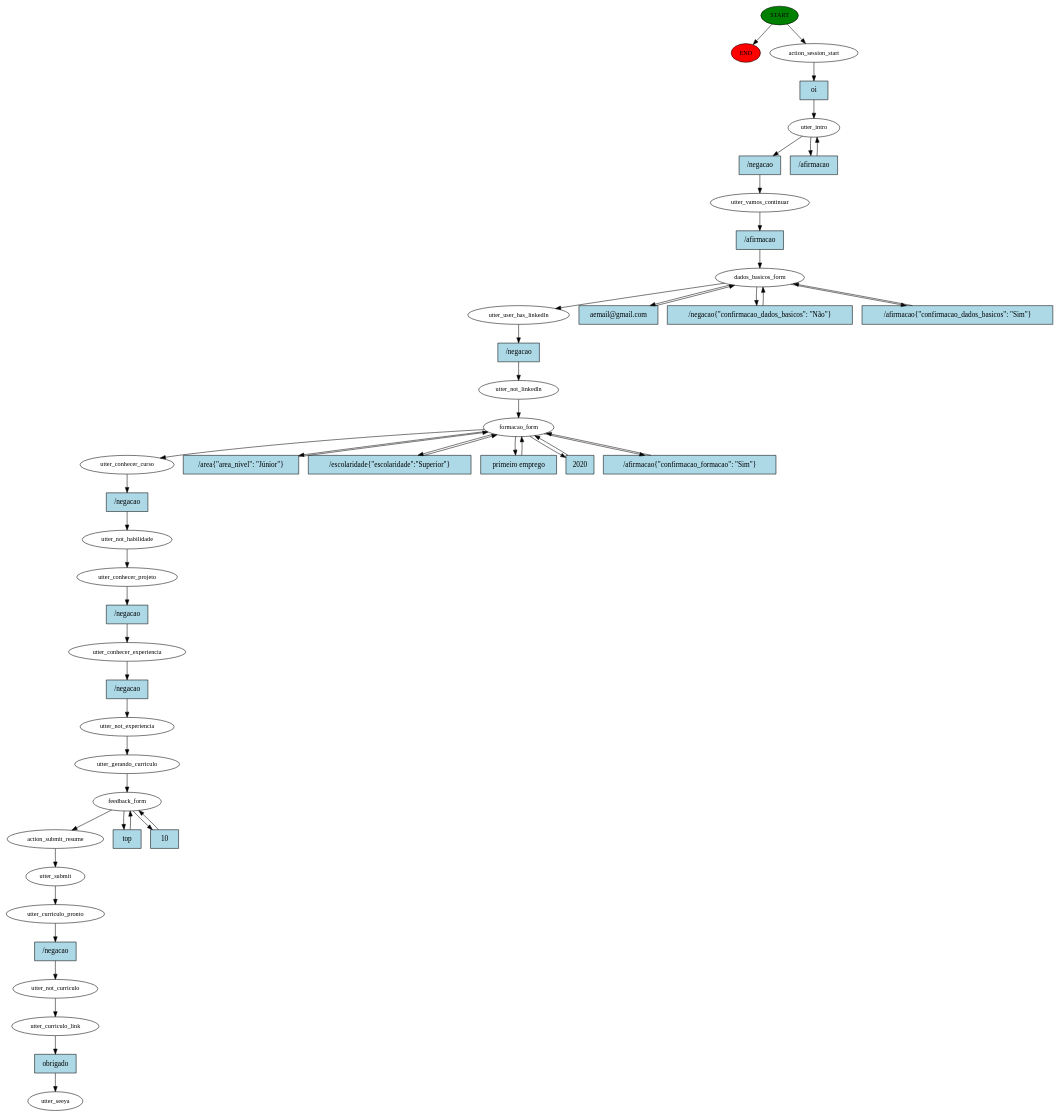
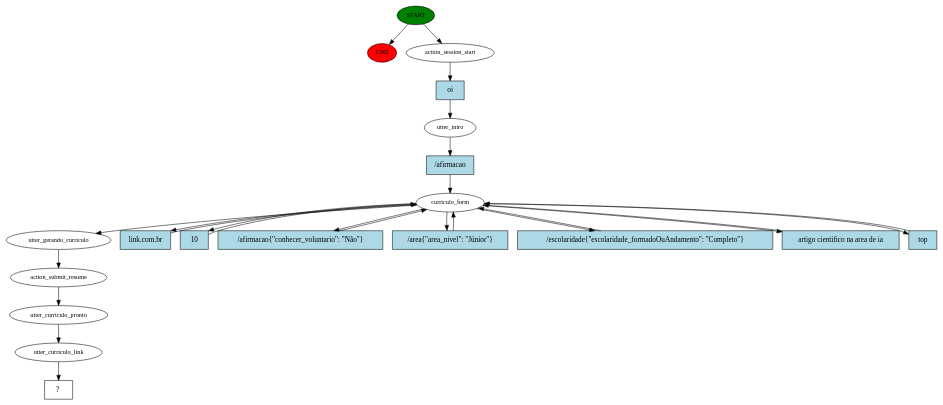
Before and after one commit to MarcosAllysson/curvi2.0: the diagram in story_graph.dot, drawn with Graphviz. The commit also changed 9 other files, not shown here.

```diff
--- a/story_graph.dot
+++ b/story_graph.dot
@@ -1,96 +1,46 @@
 digraph  {
 0 [class="start active", fillcolor=green, fontsize=12, label=START, style=filled];
 "-1" [class=end, fillcolor=red, fontsize=12, label=END, style=filled];
 1 [class=active, fontsize=12, label=action_session_start];
 2 [class=active, fontsize=12, label=utter_intro];
-4 [class=active, fontsize=12, label=utter_vamos_continuar];
-5 [class=active, fontsize=12, label=dados_basicos_form];
-18 [class=active, fontsize=12, label=utter_user_has_linkedln];
-19 [class=active, fontsize=12, label=utter_not_linkedln];
-20 [class=active, fontsize=12, label=formacao_form];
-29 [class=active, fontsize=12, label=utter_conhecer_curso];
-30 [class=active, fontsize=12, label=utter_not_habilidade];
-31 [class=active, fontsize=12, label=utter_conhecer_projeto];
-32 [class=active, fontsize=12, label=utter_conhecer_experiencia];
-33 [class=active, fontsize=12, label=utter_not_experiencia];
-34 [class=active, fontsize=12, label=utter_gerando_curriculo];
-35 [class=active, fontsize=12, label=feedback_form];
-38 [class=active, fontsize=12, label=action_submit_resume];
-39 [class=active, fontsize=12, label=utter_submit];
-40 [class=active, fontsize=12, label=utter_curriculo_pronto];
-41 [class=active, fontsize=12, label=utter_not_curriculo];
-42 [class=active, fontsize=12, label=utter_curriculo_link];
-43 [class="dashed active", fontsize=12, label=utter_seeya];
-44 [class="intent active", fillcolor=lightblue, label=oi, shape=rect, style=filled];
-45 [class="intent active", fillcolor=lightblue, label="/negacao", shape=rect, style=filled];
-46 [class="intent active", fillcolor=lightblue, label="/afirmacao", shape=rect, style=filled];
-47 [class="intent active", fillcolor=lightblue, label="/afirmacao", shape=rect, style=filled];
-48 [class="intent active", fillcolor=lightblue, label="aemail@gmail.com", shape=rect, style=filled];
-49 [class="intent active", fillcolor=lightblue, label="/negacao{\"confirmacao_dados_basicos\": \"Não\"}", shape=rect, style=filled];
-50 [class="intent active", fillcolor=lightblue, label="/afirmacao{\"confirmacao_dados_basicos\": \"Sim\"}", shape=rect, style=filled];
-51 [class="intent active", fillcolor=lightblue, label="/negacao", shape=rect, style=filled];
-52 [class="intent active", fillcolor=lightblue, label="/area{\"area_nivel\": \"Júnior\"}", shape=rect, style=filled];
-53 [class="intent active", fillcolor=lightblue, label="/escolaridade{\"escolaridade\":\"Superior\"}", shape=rect, style=filled];
-54 [class="intent active", fillcolor=lightblue, label="primeiro emprego", shape=rect, style=filled];
-55 [class="intent active", fillcolor=lightblue, label=2020, shape=rect, style=filled];
-56 [class="intent active", fillcolor=lightblue, label="/afirmacao{\"confirmacao_formacao\": \"Sim\"}", shape=rect, style=filled];
-57 [class="intent active", fillcolor=lightblue, label="/negacao", shape=rect, style=filled];
-58 [class="intent active", fillcolor=lightblue, label="/negacao", shape=rect, style=filled];
-59 [class="intent active", fillcolor=lightblue, label="/negacao", shape=rect, style=filled];
-60 [class="intent active", fillcolor=lightblue, label=top, shape=rect, style=filled];
-61 [class="intent active", fillcolor=lightblue, label=10, shape=rect, style=filled];
-62 [class="intent active", fillcolor=lightblue, label="/negacao", shape=rect, style=filled];
-63 [class="intent active", fillcolor=lightblue, label=obrigado, shape=rect, style=filled];
+3 [class=active, fontsize=12, label=curriculo_form];
+35 [class=active, fontsize=12, label=utter_gerando_curriculo];
+36 [class=active, fontsize=12, label=action_submit_resume];
+37 [class=active, fontsize=12, label=utter_curriculo_pronto];
+38 [class=active, fontsize=12, label=utter_curriculo_link];
+39 [class="intent dashed active", label="  ?  ", shape=rect];
+40 [class="intent active", fillcolor=lightblue, label=oi, shape=rect, style=filled];
+41 [class="intent active", fillcolor=lightblue, label="/afirmacao", shape=rect, style=filled];
+42 [class="intent active", fillcolor=lightblue, label="link.com.br", shape=rect, style=filled];
+43 [class="intent active", fillcolor=lightblue, label=10, shape=rect, style=filled];
+44 [class="intent active", fillcolor=lightblue, label="/afirmacao{\"conhecer_voluntario\": \"Não\"}", shape=rect, style=filled];
+45 [class="intent active", fillcolor=lightblue, label="/area{\"area_nivel\": \"Júnior\"}", shape=rect, style=filled];
+46 [class="intent active", fillcolor=lightblue, label="/escolaridade{\"escolaridade_formadoOuAndamento\": \"Completo\"}", shape=rect, style=filled];
+47 [class="intent active", fillcolor=lightblue, label="artigo cientifico na area de ia", shape=rect, style=filled];
+48 [class="intent active", fillcolor=lightblue, label=top, shape=rect, style=filled];
 0 -> "-1"  [class="", key=NONE, label=""];
 0 -> 1  [class=active, key=NONE, label=""];
-1 -> 44  [class=active, key=0];
-2 -> 45  [class=active, key=0];
-2 -> 46  [class=active, key=0];
-4 -> 47  [class=active, key=0];
-5 -> 18  [class=active, key=NONE, label=""];
-5 -> 48  [class=active, key=0];
-5 -> 49  [class=active, key=0];
-5 -> 50  [class=active, key=0];
-18 -> 51  [class=active, key=0];
-19 -> 20  [class=active, key=NONE, label=""];
-20 -> 29  [class=active, key=NONE, label=""];
-20 -> 52  [class=active, key=0];
-20 -> 53  [class=active, key=0];
-20 -> 54  [class=active, key=0];
-20 -> 55  [class=active, key=0];
-20 -> 56  [class=active, key=0];
-29 -> 57  [class=active, key=0];
-30 -> 31  [class=active, key=NONE, label=""];
-31 -> 58  [class=active, key=0];
-32 -> 59  [class=active, key=0];
-33 -> 34  [class=active, key=NONE, label=""];
-34 -> 35  [class=active, key=NONE, label=""];
-35 -> 38  [class=active, key=NONE, label=""];
-35 -> 60  [class=active, key=0];
-35 -> 61  [class=active, key=0];
+1 -> 40  [class=active, key=0];
+2 -> 41  [class=active, key=0];
+3 -> 35  [class=active, key=NONE, label=""];
+3 -> 42  [class=active, key=0];
+3 -> 43  [class=active, key=0];
+3 -> 44  [class=active, key=0];
+3 -> 45  [class=active, key=0];
+3 -> 46  [class=active, key=0];
+3 -> 47  [class=active, key=0];
+3 -> 48  [class=active, key=0];
+35 -> 36  [class=active, key=NONE, label=""];
+36 -> 37  [class=active, key=NONE, label=""];
+37 -> 38  [class=active, key=NONE, label=""];
 38 -> 39  [class=active, key=NONE, label=""];
-39 -> 40  [class=active, key=NONE, label=""];
-40 -> 62  [class=active, key=0];
-41 -> 42  [class=active, key=NONE, label=""];
-42 -> 63  [class=active, key=0];
-44 -> 2  [class=active, key=0];
-45 -> 4  [class=active, key=0];
-46 -> 2  [class=active, key=0];
-47 -> 5  [class=active, key=0];
-48 -> 5  [class=active, key=0];
-49 -> 5  [class=active, key=0];
-50 -> 5  [class=active, key=0];
-51 -> 19  [class=active, key=0];
-52 -> 20  [class=active, key=0];
-53 -> 20  [class=active, key=0];
-54 -> 20  [class=active, key=0];
-55 -> 20  [class=active, key=0];
-56 -> 20  [class=active, key=0];
-57 -> 30  [class=active, key=0];
-58 -> 32  [class=active, key=0];
-59 -> 33  [class=active, key=0];
-60 -> 35  [class=active, key=0];
-61 -> 35  [class=active, key=0];
-62 -> 41  [class=active, key=0];
-63 -> 43  [class=active, key=0];
+40 -> 2  [class=active, key=0];
+41 -> 3  [class=active, key=0];
+42 -> 3  [class=active, key=0];
+43 -> 3  [class=active, key=0];
+44 -> 3  [class=active, key=0];
+45 -> 3  [class=active, key=0];
+46 -> 3  [class=active, key=0];
+47 -> 3  [class=active, key=0];
+48 -> 3  [class=active, key=0];
 }
```
